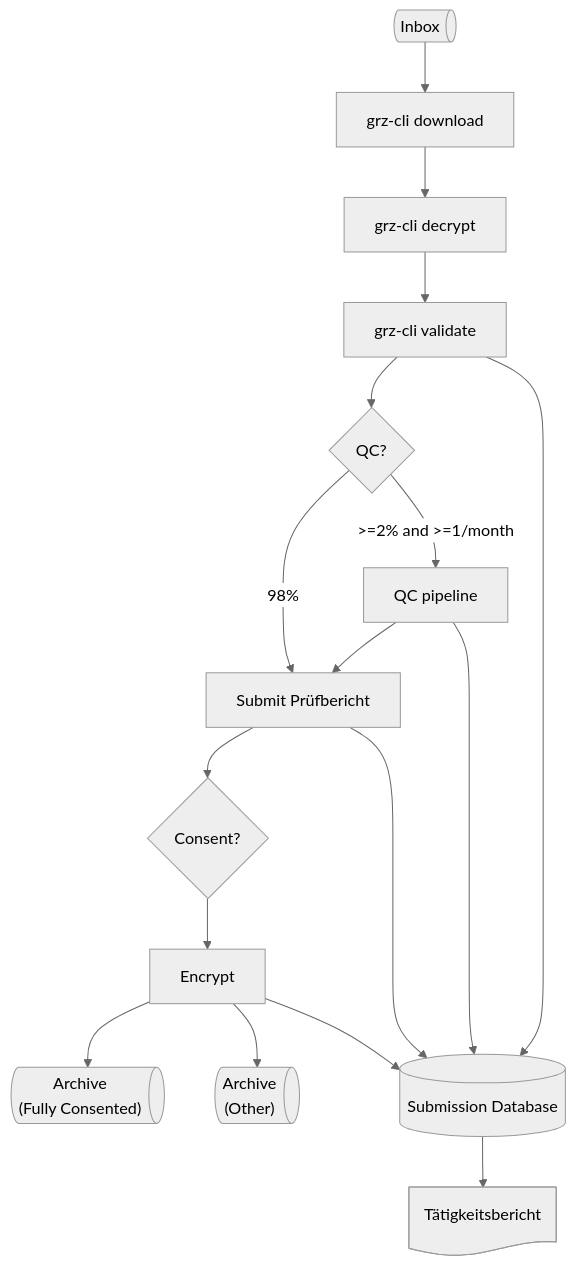
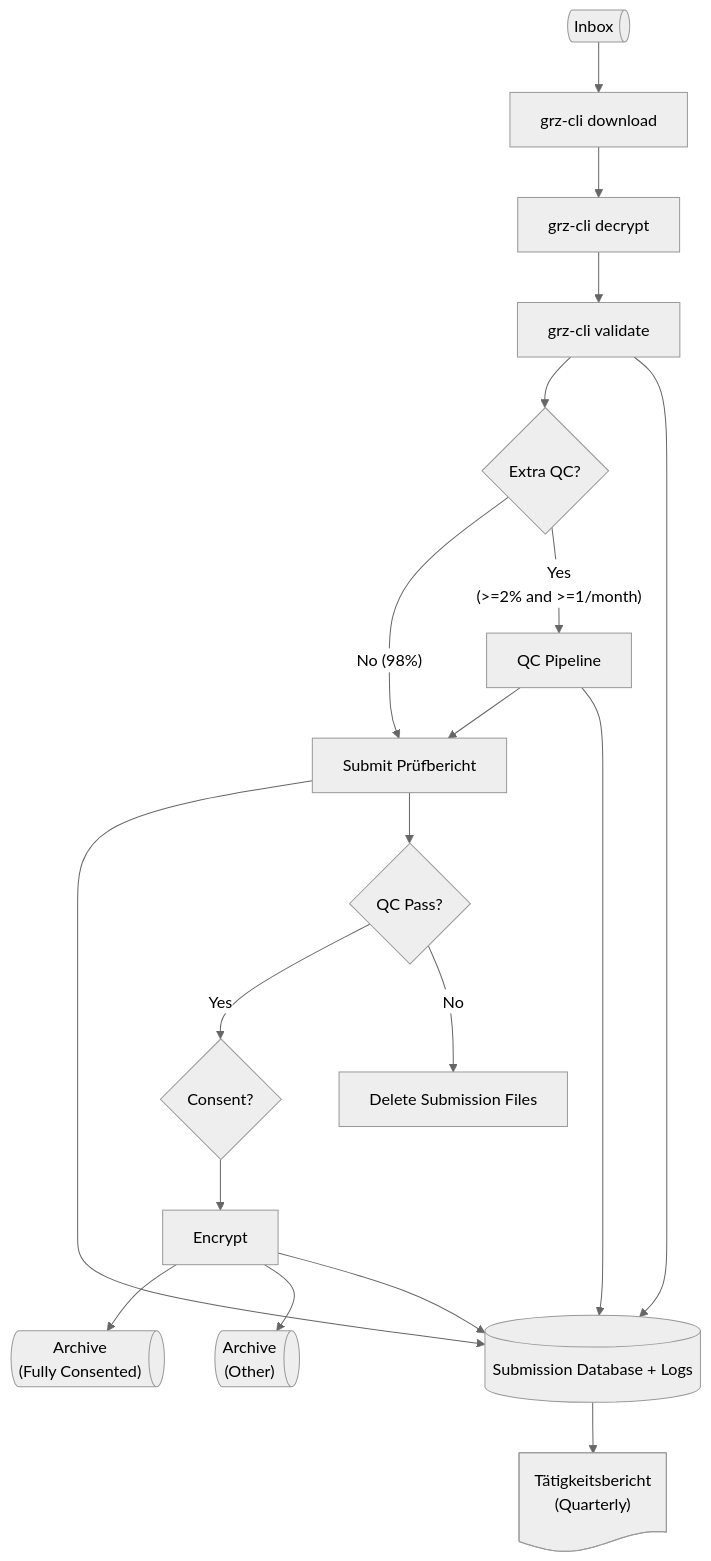
The first of 2 diagrams in docs/design.md (twrightsman/grz-watchdog), drawn with Mermaid (neutral theme) before and after one commit. The commit also changed other lines of this file, not shown here.

Commit message:
Update flowcharts

````diff
--- a/docs/design.md
+++ b/docs/design.md
@@ -5,28 +5,32 @@
 ```mermaid
 flowchart TD
     n1["Inbox"] --> n2["grz-cli download"]
     n2 --> n3["grz-cli decrypt"]
     n3 --> n4["grz-cli validate"]
-    n4 --> n5["QC?"] & n12["Submission Database"]
-    n5 -- 98% --> n6["Submit Prüfbericht"]
-    n5 -- "&gt;=2% and &gt;=1/month" --> n7["QC pipeline"]
+    n4 --> n5["Extra QC?"] & n12["Submission Database + Logs"]
+    n5 -- No (98%) --> n6["Submit Prüfbericht"]
+    n5 -- "Yes<br>(&gt;=2% and &gt;=1/month)" --> n7["QC Pipeline"]
     n7 --> n6 & n12
-    n6 --> n9["Consent?"] & n12
-    n9 --> n11["Encrypt"]
+    n6 --> n12 & n14["QC Pass?"]
+    n9["Consent?"] --> n11["Encrypt"]
     n11 --> n8["Archive<br>(Fully Consented)"] & n10["Archive<br>(Other)"] & n12
-    n12 --> n13["Tätigkeitsbericht"]
+    n12 --> n13["Tätigkeitsbericht<br>(Quarterly)"]
+    n14 -- Yes --> n9
+    n14 -- No  --> n15["Delete Submission Files"]
 
     n1@{ shape: das}
     n2@{ shape: proc}
     n3@{ shape: proc}
     n4@{ shape: proc}
     n5@{ shape: decision}
     n12@{ shape: db}
     n6@{ shape: proc}
     n7@{ shape: proc}
+    n14@{ shape: decision}
     n9@{ shape: decision}
     n11@{ shape: proc}
     n8@{ shape: das}
     n10@{ shape: das}
     n13@{ shape: doc}
+    n15@{ shape: proc}
 ```
````
